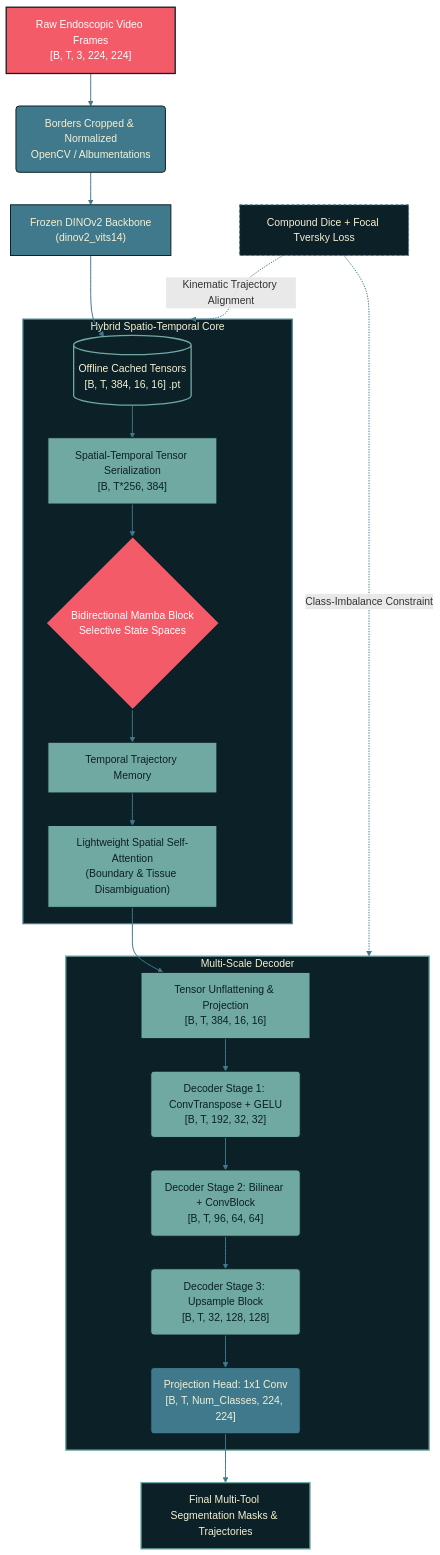
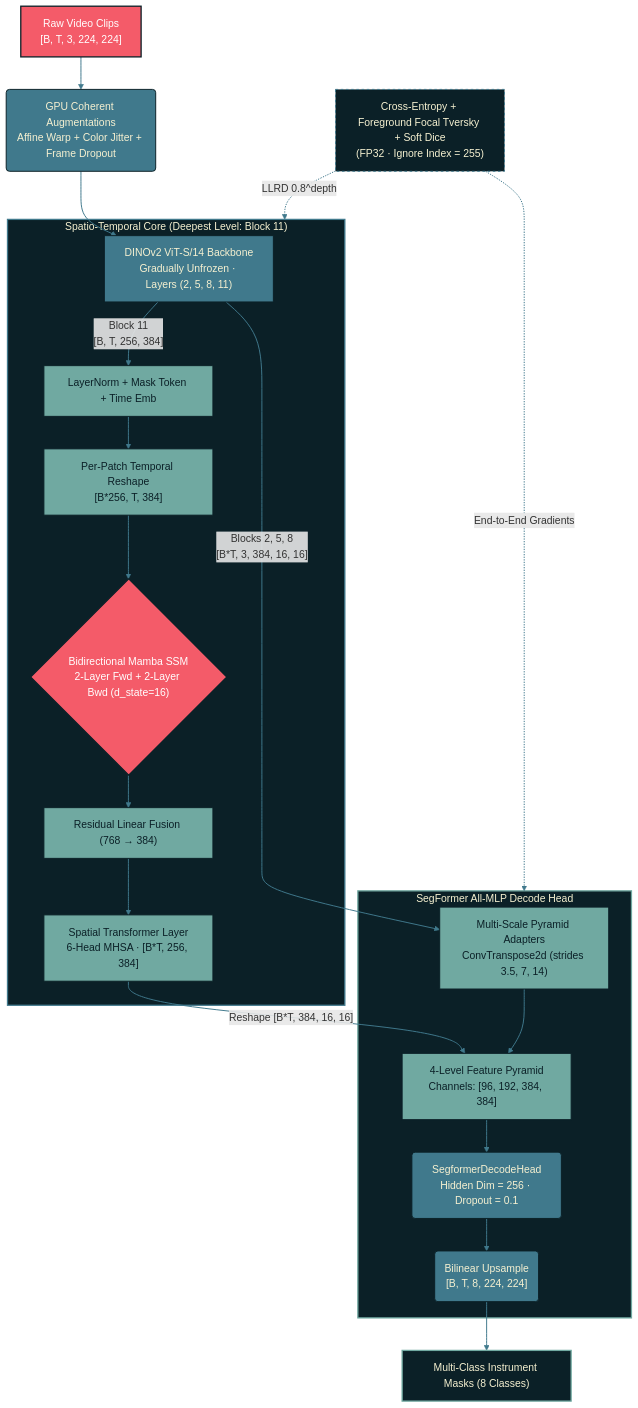
The diagram in README.md (Asmit159/ST-HTM), drawn with Mermaid before and after one commit. The commit also changed other lines of this file, not shown here.

````diff
--- a/README.md
+++ b/README.md
@@ -22,46 +68,43 @@
 ```mermaid
 graph TD
-    A["Raw Endoscopic Video Frames<br>[B, T, 3, 224, 224]"] --> B("Borders Cropped & Normalized<br>OpenCV / Albumentations")
-    B --> C["Frozen DINOv2 Backbone<br>(dinov2_vits14)"]
-    C --> D[("Offline Cached Tensors<br>[B, T, 384, 16, 16] .pt")]
+    A["Raw Video Clips<br>[B, T, 3, 224, 224]"] --> B("GPU Coherent Augmentations<br>Affine Warp + Color Jitter + Frame Dropout")
+    B --> C["DINOv2 ViT-S/14 Backbone<br>Gradually Unfrozen · Layers (2, 5, 8, 11)"]
 
-    subgraph ST_CORE["Hybrid Spatio-Temporal Core"]
-    D --> E["Spatial-Temporal Tensor Serialization<br>[B, T*256, 384]"]
-    E --> F{"Bidirectional Mamba Block<br>Selective State Spaces"}
-    F --> G["Temporal Trajectory Memory"]
-    G --> H["Lightweight Spatial Self-Attention<br>(Boundary & Tissue Disambiguation)"]
+    C -->|"Blocks 2, 5, 8<br>[B*T, 3, 384, 16, 16]"| P_SKIP["Multi-Scale Pyramid Adapters<br>ConvTranspose2d (strides 3.5, 7, 14)"]
+
+    subgraph ST_CORE["Spatio-Temporal Core (Deepest Level: Block 11)"]
+        C -->|"Block 11<br>[B, T, 256, 384]"| D["LayerNorm + Mask Token + Time Emb"]
+        D --> E["Per-Patch Temporal Reshape<br>[B*256, T, 384]"]
+        E --> F{"Bidirectional Mamba SSM<br>2-Layer Fwd + 2-Layer Bwd (d_state=16)"}
+        F --> G["Residual Linear Fusion (768 → 384)"]
+        G --> H["Spatial Transformer Layer<br>6-Head MHSA · [B*T, 256, 384]"]
     end
 
-    subgraph DEC_HEAD["Multi-Scale Decoder"]
-    H --> I["Tensor Unflattening & Projection<br>[B, T, 384, 16, 16]"]
-    I --> J("Decoder Stage 1: ConvTranspose + GELU<br>[B, T, 192, 32, 32]")
-    J --> K("Decoder Stage 2: Bilinear + ConvBlock<br>[B, T, 96, 64, 64]")
-    K --> L("Decoder Stage 3: Upsample Block<br>[B, T, 32, 128, 128]")
-    L --> M("Projection Head: 1x1 Conv<br>[B, T, Num_Classes, 224, 224]")
+    subgraph DEC_HEAD["SegFormer All-MLP Decode Head"]
+        P_SKIP --> I["4-Level Feature Pyramid<br>Channels: [96, 192, 384, 384]"]
+        H -->|"Reshape [B*T, 384, 16, 16]"| I
+        I --> J("SegformerDecodeHead<br>Hidden Dim = 256 · Dropout = 0.1")
+        J --> K("Bilinear Upsample<br>[B, T, 8, 224, 224]")
     end
 
-    M --> OUT["Final Multi-Tool Segmentation Masks & Trajectories"]
+    K --> OUT["Multi-Class Instrument Masks (8 Classes)"]
 
-    Loss["Compound Dice + Focal Tversky Loss"] -.->|Class-Imbalance Constraint| DEC_HEAD
-    Loss -.->|Kinematic Trajectory Alignment| ST_CORE
+    Loss["Cross-Entropy + Foreground Focal Tversky + Soft Dice<br>(FP32 · Ignore Index = 255)"] -.->|End-to-End Gradients| DEC_HEAD
+    Loss -.->|LLRD 0.8^depth| ST_CORE
 
-    %% Class Styling
     classDef coralHighlight fill:#F45B69,stroke:#0B2027,stroke-width:2px,color:#FFFFFF;
     classDef darkBlock fill:#0B2027,stroke:#70A9A1,stroke-width:2px,color:#F6F1D1;
     classDef tealBlock fill:#40798C,stroke:#0B2027,stroke-width:1.5px,color:#F6F1D1;
     classDef aquaBlock fill:#70A9A1,stroke:#0B2027,stroke-width:1.5px,color:#0B2027;
-    classDef creamBlock fill:#0B2027,stroke:#F6F1D1,stroke-width:1.5px,color:#F6F1D1;
     classDef lossConstraint fill:#0B2027,stroke:#40798C,stroke-width:1.5px,stroke-dasharray: 4 4,color:#F6F1D1;
 
     class A,F coralHighlight;
-    class OUT,D darkBlock;
-    class B,C,M tealBlock;
-    class E,G,H,I,J,K,L aquaBlock;
+    class OUT darkBlock;
+    class B,C,J,K tealBlock;
+    class D,E,G,H,I,P_SKIP aquaBlock;
     class Loss lossConstraint;
 
     style ST_CORE fill:#0B2027,stroke:#40798C,stroke-width:2px,color:#F6F1D1
     style DEC_HEAD fill:#0B2027,stroke:#70A9A1,stroke-width:2px,color:#F6F1D1
-
     linkStyle default stroke:#40798C,stroke-width:1.5px;
-
 ```
````
